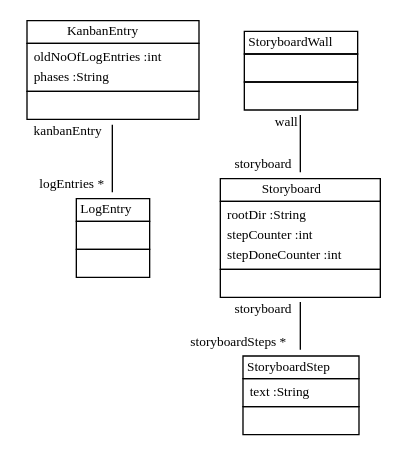
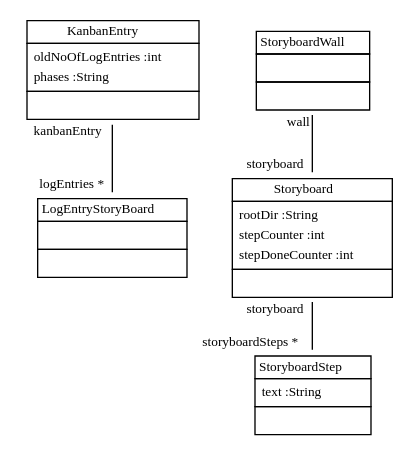
The diagram in doc/StoryboardInfrastructureClassDiagram7.dot (fujaba/SDMLib), drawn with Graphviz before and after one commit. The commit also changed 17 other files, not shown here.

```diff
--- a/doc/StoryboardInfrastructureClassDiagram7.dot
+++ b/doc/StoryboardInfrastructureClassDiagram7.dot
@@ -1,18 +1,18 @@
 
  digraph ClassDiagram {
     node [shape = none, fontsize = 10]; 
     edge [fontsize = 10];
     
     
-    _KanbanEntry [label=<<table border='0' cellborder='1' cellspacing='0'> <tr> <td HREF="../test/org/sdmlib/storyboards/KanbanEntry.java">KanbanEntry</td> </tr> <tr><td><table border='0' cellborder='0' cellspacing='0'> <tr><td align='left'>oldNoOfLogEntries :int</td></tr> <tr><td align='left'>phases :String</td></tr>  </table></td></tr> <tr><td><table border='0' cellborder='0' cellspacing='0'> <tr><td> </td></tr> </table></td></tr> </table>>];
-    _LogEntry [label=<<table border='0' cellborder='1' cellspacing='0'> <tr> <td HREF="../test/org/sdmlib/storyboards/LogEntry.java">LogEntry</td> </tr> <tr><td><table border='0' cellborder='0' cellspacing='0'> <tr><td> </td></tr> </table></td></tr> <tr><td><table border='0' cellborder='0' cellspacing='0'> <tr><td> </td></tr> </table></td></tr> </table>>];
-    _StoryboardWall [label=<<table border='0' cellborder='1' cellspacing='0'> <tr> <td HREF="../test/org/sdmlib/storyboards/StoryboardWall.java">StoryboardWall</td> </tr> <tr><td><table border='0' cellborder='0' cellspacing='0'> <tr><td> </td></tr> </table></td></tr> <tr><td><table border='0' cellborder='0' cellspacing='0'> <tr><td> </td></tr> </table></td></tr> </table>>];
-    _Storyboard [label=<<table border='0' cellborder='1' cellspacing='0'> <tr> <td HREF="../test/org/sdmlib/storyboards/Storyboard.java">Storyboard</td> </tr> <tr><td><table border='0' cellborder='0' cellspacing='0'> <tr><td align='left'>rootDir :String</td></tr> <tr><td align='left'>stepCounter :int</td></tr> <tr><td align='left'>stepDoneCounter :int</td></tr>  </table></td></tr> <tr><td><table border='0' cellborder='0' cellspacing='0'> <tr><td> </td></tr> </table></td></tr> </table>>];
-    _StoryboardStep [label=<<table border='0' cellborder='1' cellspacing='0'> <tr> <td HREF="../test/org/sdmlib/storyboards/StoryboardStep.java">StoryboardStep</td> </tr> <tr><td><table border='0' cellborder='0' cellspacing='0'> <tr><td align='left'>text :String</td></tr>  </table></td></tr> <tr><td><table border='0' cellborder='0' cellspacing='0'> <tr><td> </td></tr> </table></td></tr> </table>>];
+    _KanbanEntry [label=<<table border='0' cellborder='1' cellspacing='0'> <tr> <td HREF="../src/KanbanEntry.java">KanbanEntry</td> </tr> <tr><td><table border='0' cellborder='0' cellspacing='0'> <tr><td align='left'>oldNoOfLogEntries :int</td></tr> <tr><td align='left'>phases :String</td></tr>  </table></td></tr> <tr><td><table border='0' cellborder='0' cellspacing='0'> <tr><td> </td></tr> </table></td></tr> </table>>];
+    _LogEntryStoryBoard [label=<<table border='0' cellborder='1' cellspacing='0'> <tr> <td HREF="../src/LogEntryStoryBoard.java">LogEntryStoryBoard</td> </tr> <tr><td><table border='0' cellborder='0' cellspacing='0'> <tr><td> </td></tr> </table></td></tr> <tr><td><table border='0' cellborder='0' cellspacing='0'> <tr><td> </td></tr> </table></td></tr> </table>>];
+    _StoryboardWall [label=<<table border='0' cellborder='1' cellspacing='0'> <tr> <td HREF="../src/StoryboardWall.java">StoryboardWall</td> </tr> <tr><td><table border='0' cellborder='0' cellspacing='0'> <tr><td> </td></tr> </table></td></tr> <tr><td><table border='0' cellborder='0' cellspacing='0'> <tr><td> </td></tr> </table></td></tr> </table>>];
+    _Storyboard [label=<<table border='0' cellborder='1' cellspacing='0'> <tr> <td HREF="../src/org/sdmlib/storyboards/Storyboard.java">Storyboard</td> </tr> <tr><td><table border='0' cellborder='0' cellspacing='0'> <tr><td align='left'>rootDir :String</td></tr> <tr><td align='left'>stepCounter :int</td></tr> <tr><td align='left'>stepDoneCounter :int</td></tr>  </table></td></tr> <tr><td><table border='0' cellborder='0' cellspacing='0'> <tr><td> </td></tr> </table></td></tr> </table>>];
+    _StoryboardStep [label=<<table border='0' cellborder='1' cellspacing='0'> <tr> <td HREF="../src/StoryboardStep.java">StoryboardStep</td> </tr> <tr><td><table border='0' cellborder='0' cellspacing='0'> <tr><td align='left'>text :String</td></tr>  </table></td></tr> <tr><td><table border='0' cellborder='0' cellspacing='0'> <tr><td> </td></tr> </table></td></tr> </table>>];
     
     
     
-    _KanbanEntry -> _LogEntry [headlabel = "logEntries *" taillabel = "kanbanEntry" arrowhead = "none" ];
+    _KanbanEntry -> _LogEntryStoryBoard [headlabel = "logEntries *" taillabel = "kanbanEntry" arrowhead = "none" ];
     _StoryboardWall -> _Storyboard [headlabel = "storyboard" taillabel = "wall" arrowhead = "none" ];
     _Storyboard -> _StoryboardStep [headlabel = "storyboardSteps *" taillabel = "storyboard" arrowhead = "none" ];
 }
```
